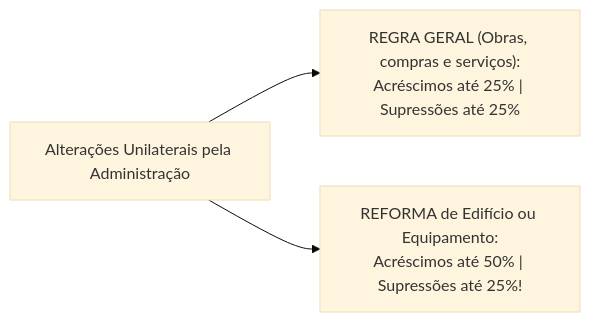
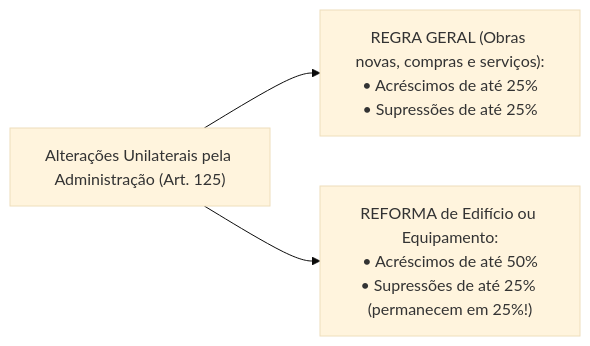
Before and after one commit to thiagosantos346/TCE-GO-2027: the second of 2 diagrams in fontes_de_estudo/conhecimentos_especificos_a01_tecnico_administrativo/16_licitacoes_e_contratos_administrativos/04_contratos_administrativos_fiscalizacao_alteracoes_e_sancoes.md, drawn with Mermaid (base theme). The commit also changed other lines of this file and 119 other files, not shown here.

````diff
--- a/fontes_de_estudo/conhecimentos_especificos_a01_tecnico_administrativo/16_licitacoes_e_contratos_administrativos/04_contratos_administrativos_fiscalizacao_alteracoes_e_sancoes.md
+++ b/fontes_de_estudo/conhecimentos_especificos_a01_tecnico_administrativo/16_licitacoes_e_contratos_administrativos/04_contratos_administrativos_fiscalizacao_alteracoes_e_sancoes.md
@@ -99,5 +153,5 @@
 ```mermaid
 flowchart LR
-    ALT["Alterações Unilaterais pela Administração"] --> REG["REGRA GERAL (Obras, compras e serviços):<br/>Acréscimos até 25% | Supressões até 25%"]
-    ALT --> REF["REFORMA de Edifício ou Equipamento:<br/>Acréscimos até 50% | Supressões até 25%!"]
+    ALT["Alterações Unilaterais pela Administração (Art. 125)"] --> REG["REGRA GERAL (Obras novas, compras e serviços):<br/>• Acréscimos de até 25%<br/>• Supressões de até 25%"]
+    ALT --> REF["REFORMA de Edifício ou Equipamento:<br/>• Acréscimos de até 50%<br/>• Supressões de até 25% (permanecem em 25%!)"]
 ```
````
